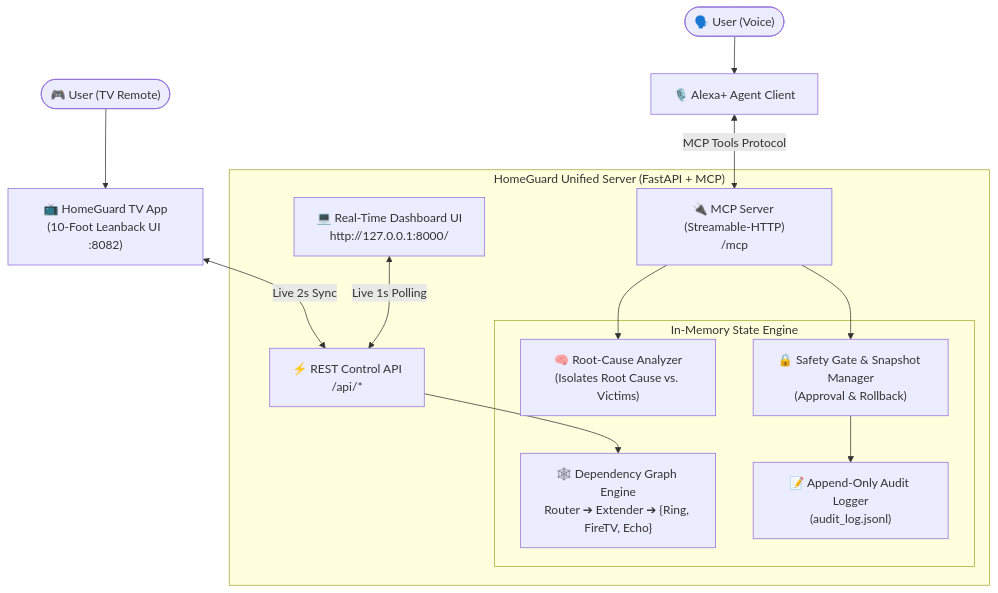
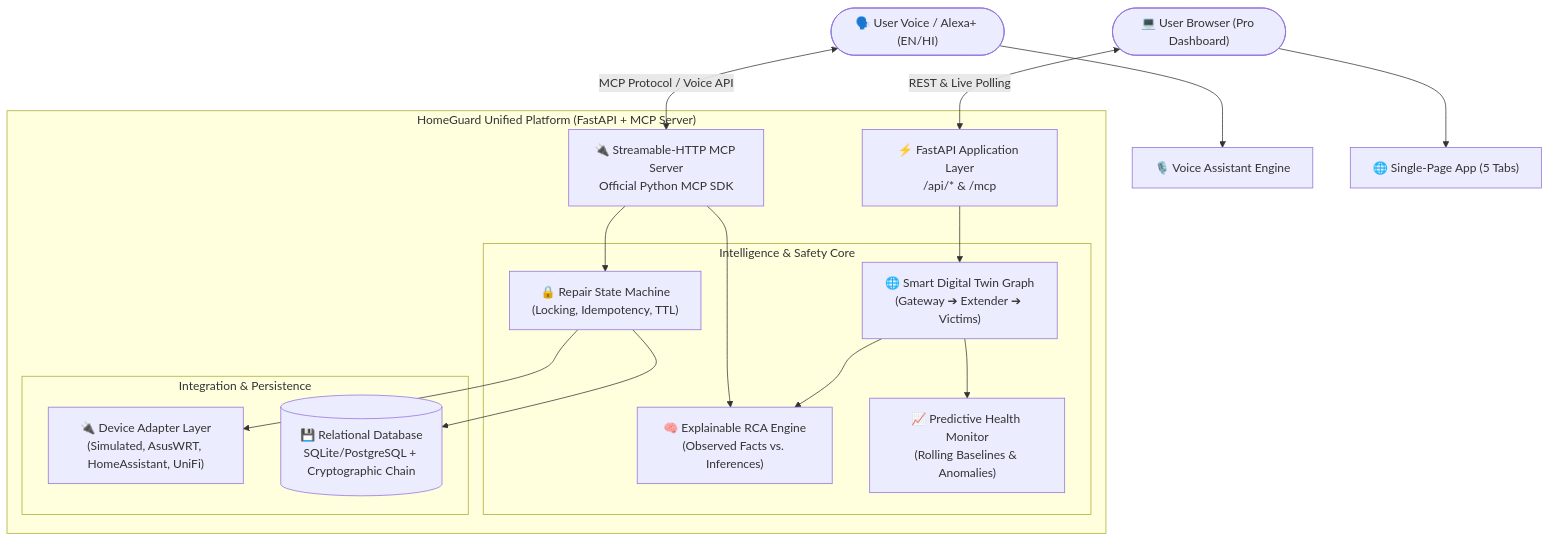
Before and after one commit to Anushka157-cha/Amazon-Hackthon: the diagram in README.md, drawn with Mermaid. The commit also changed other lines of this file and 20 other files, not shown here.

````diff
--- a/README.md
+++ b/README.md
@@ -61,26 +40,32 @@
 ```mermaid
 graph TD
-    User(["🗣️ User (Voice)"]) --> Alexa["🎙️ Alexa+ Agent Client"]
-    UserTV(["🎮 User (TV Remote)"]) --> TVApp["📺 HomeGuard TV App\n(10-Foot Leanback UI :8082)"]
+    UserVoice(["🗣️ User Voice / Alexa+ (EN/HI)"]) --> VoiceEngine["🎙️ Voice Assistant Engine"]
+    UserWeb(["💻 User Browser (Pro Dashboard)"]) --> WebUI["🌐 Single-Page App (5 Tabs)"]
     
-    subgraph "HomeGuard Unified Server (FastAPI + MCP)"
-        MCP["🔌 MCP Server (Streamable-HTTP)\n/mcp"]
-        API["⚡ REST Control API\n/api/*"]
-        WebUI["💻 Real-Time Dashboard UI\nhttp://127.0.0.1:8000/"]
+    subgraph "HomeGuard Unified Platform (FastAPI + MCP Server)"
+        API["⚡ FastAPI Application Layer\n/api/* & /mcp"]
+        MCP["🔌 Streamable-HTTP MCP Server\nOfficial Python MCP SDK"]
         
-        subgraph "In-Memory State Engine"
-            Graph["🕸️ Dependency Graph Engine\nRouter ➔ Extender ➔ {Ring, FireTV, Echo}"]
-            RCA["🧠 Root-Cause Analyzer\n(Isolates Root Cause vs. Victims)"]
-            Safety["🔒 Safety Gate & Snapshot Manager\n(Approval & Rollback)"]
-            Audit["📝 Append-Only Audit Logger\n(audit_log.jsonl)"]
+        subgraph "Intelligence & Safety Core"
+            Twin["🌐 Smart Digital Twin Graph\n(Gateway ➔ Extender ➔ Victims)"]
+            RCA["🧠 Explainable RCA Engine\n(Observed Facts vs. Inferences)"]
+            Pred["📈 Predictive Health Monitor\n(Rolling Baselines & Anomalies)"]
+            Policy["🔒 Repair State Machine\n(Locking, Idempotency, TTL)"]
+        end
+        
+        subgraph "Integration & Persistence"
+            Adapters["🔌 Device Adapter Layer\n(Simulated, AsusWRT, HomeAssistant, UniFi)"]
+            DB[("💾 Relational Database\nSQLite/PostgreSQL + Cryptographic Chain")]
         end
     end
 
-    Alexa <-->|MCP Tools Protocol| MCP
-    TVApp <-->|Live 2s Sync| API
-    WebUI <-->|Live 1s Polling| API
+    UserVoice <-->|MCP Protocol / Voice API| MCP
+    UserWeb <-->|REST & Live Polling| API
     MCP --> RCA
-    MCP --> Safety
-    API --> Graph
-    Safety --> Audit
+    MCP --> Policy
+    API --> Twin
+    Twin --> RCA
+    Twin --> Pred
+    Policy --> Adapters
+    Policy --> DB
 ```
````
